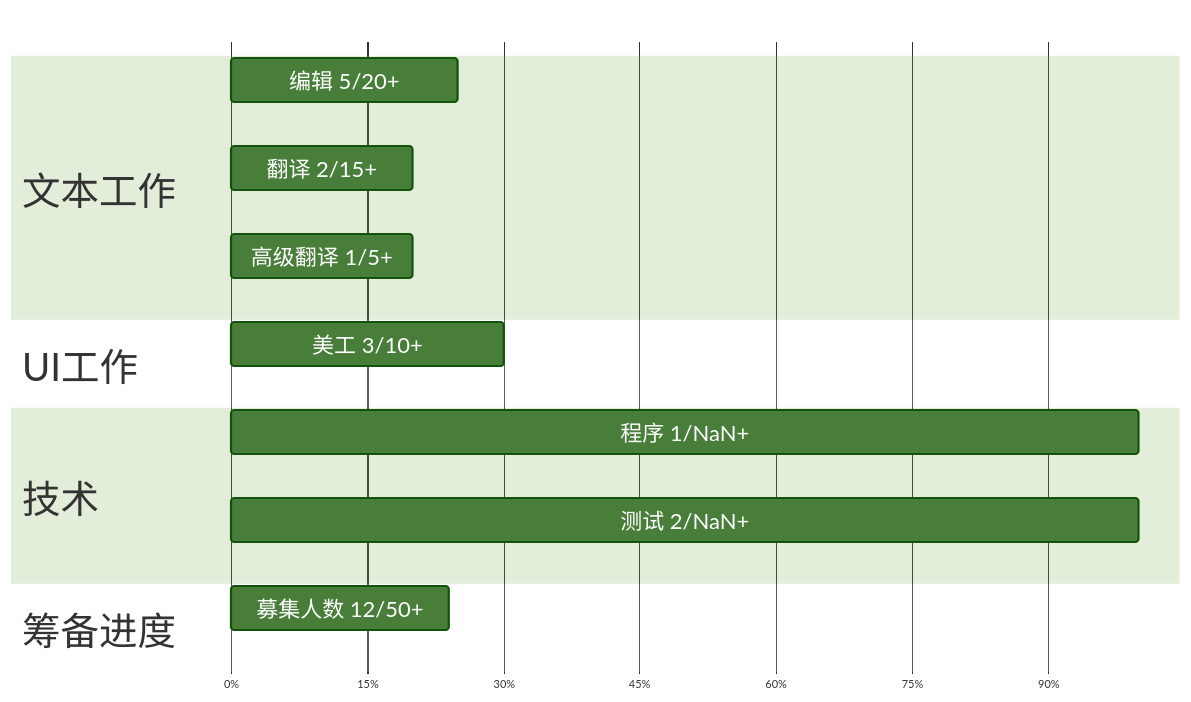
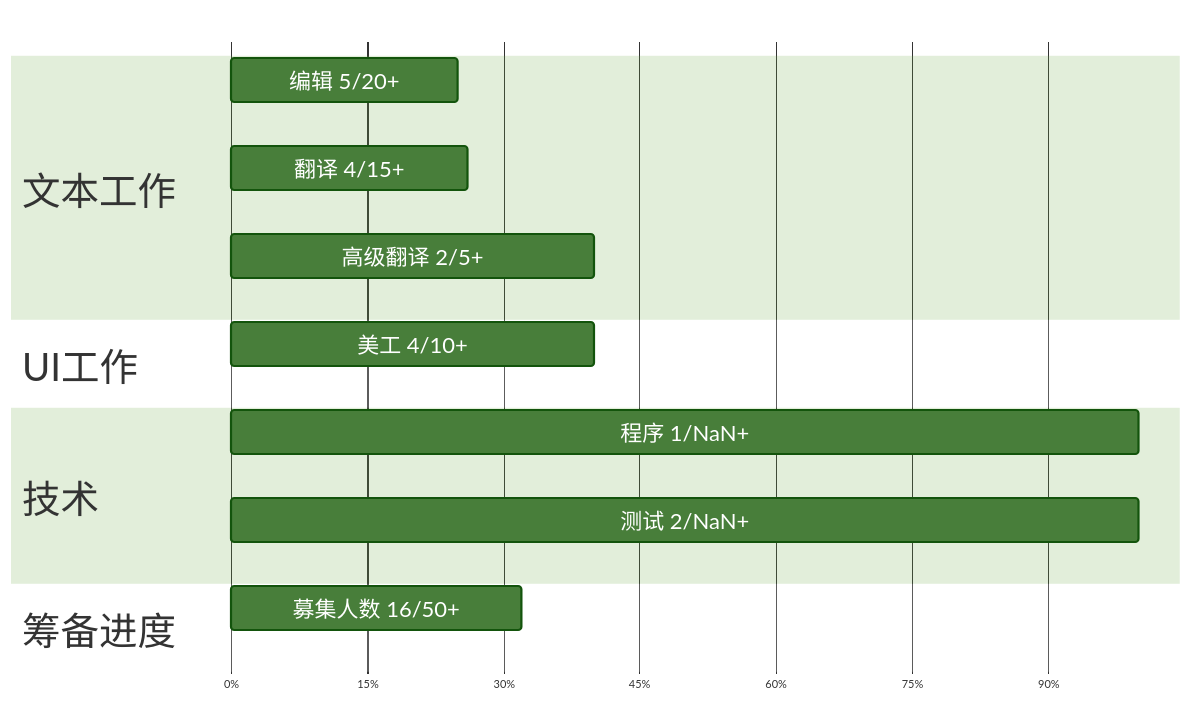
The diagram in projects/index.md (IMASOFA-TL/imasofa-tl.github.io), drawn with Mermaid (forest theme) before and after one commit. The commit also changed 1 other file, not shown here.

Commit message:
restructure

````diff
--- a/projects/index.md
+++ b/projects/index.md
@@ -16,27 +16,27 @@
 ```mermaid!
 %%{init:{
   "gantt" :{
     "barGap":40,
     "barHeight": 40,
     "fontSize":20,
     "sectionFontSize":35,
     "leftPadding":200
   }
 }}%%
 gantt
     title 　
     dateFormat  X
     axisFormat %s%%
 
     section 文本工作
     编辑 5/20+: editor,0,25
-    翻译 2/15+ : tl,0,20
-    高级翻译 1/5+ : sentl,0,20
+    翻译 4/15+ : tl,0,26
+    高级翻译 2/5+ : sentl,0,40
     section UI工作
-    美工 3/10+ : re,0,30
+    美工 4/10+ : re,0,40
     section 技术
     程序 1/NaN+ : pg,0,100
     测试 2/NaN+ : test,0,100
     section 筹备进度
-    募集人数 12/50+ : total,0,24
+    募集人数 16/50+ : total,0,32
 ```
````
